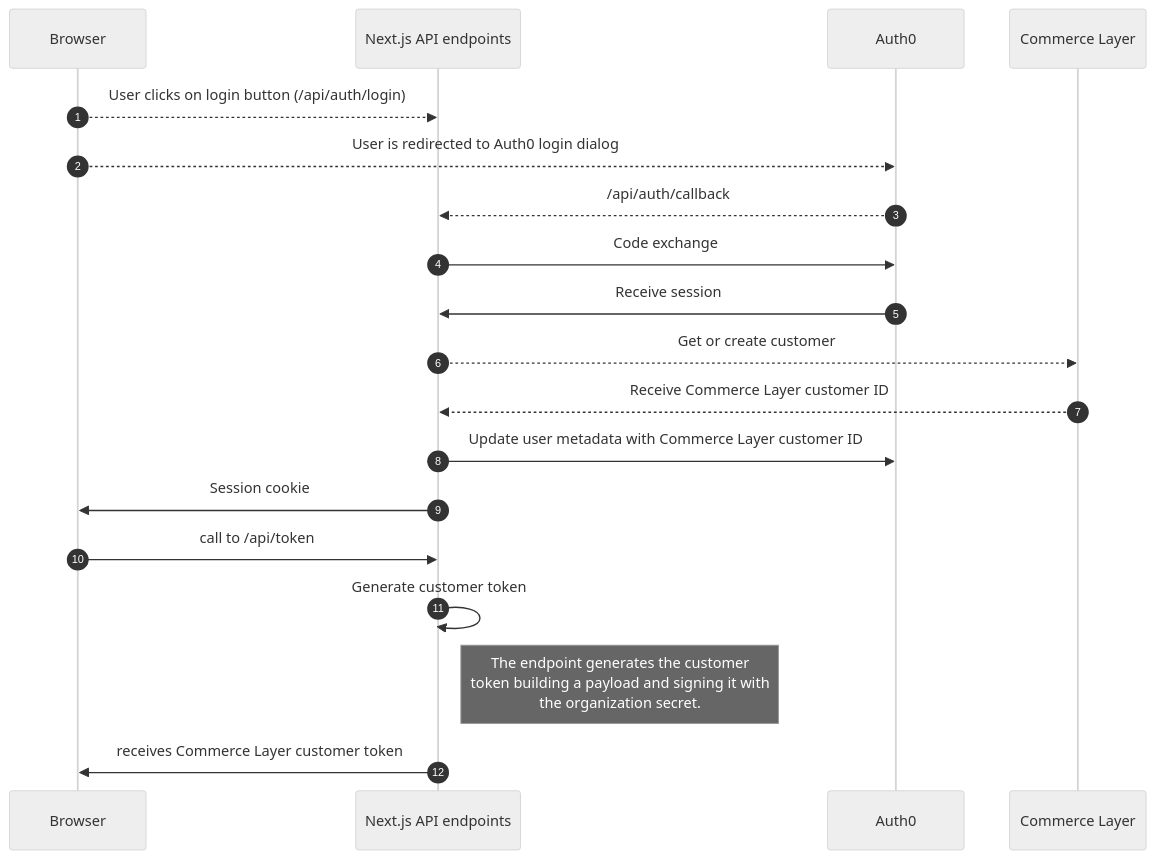
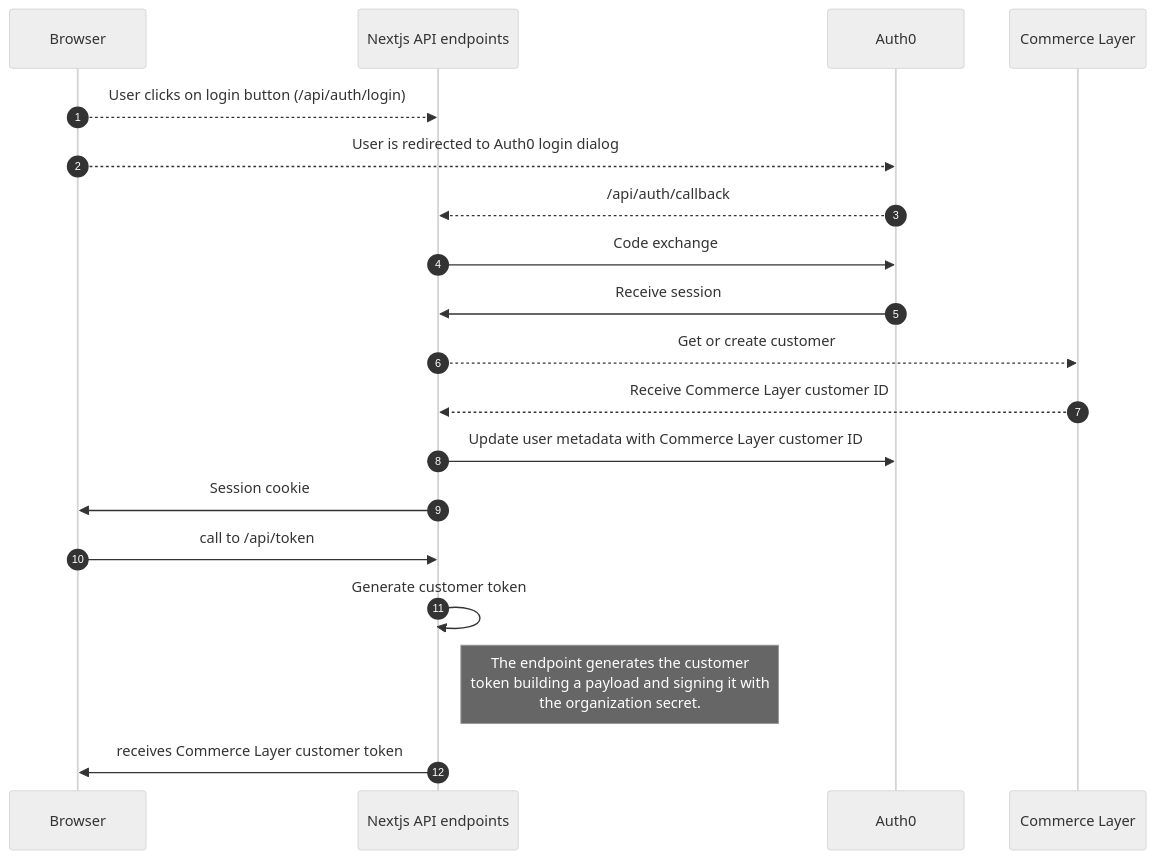
The diagram in authentication/nextjs-auth0-sso/README.md (commercelayer/examples), drawn with Mermaid (neutral theme) before and after one commit. The commit also changed other lines of this file and 9 other files, not shown here.

````diff
--- a/authentication/nextjs-auth0-sso/README.md
+++ b/authentication/nextjs-auth0-sso/README.md
@@ -18,17 +18,17 @@
 ```mermaid
 sequenceDiagram
     autonumber
-    Browser-->>Next.js API endpoints: User clicks on login button (/api/auth/login)
+    Browser-->>Nextjs API endpoints: User clicks on login button (/api/auth/login)
     Browser-->>Auth0: User is redirected to Auth0 login dialog
-    Auth0-->>Next.js API endpoints: /api/auth/callback
-    Next.js API endpoints->>Auth0: Code exchange
-    Auth0->>Next.js API endpoints: Receive session
-    Next.js API endpoints-->>Commerce Layer: Get or create customer
-    Commerce Layer-->>Next.js API endpoints: Receive Commerce Layer customer ID
-    Next.js API endpoints->>Auth0: Update user metadata with Commerce Layer customer ID
-    Next.js API endpoints->>Browser: Session cookie
-    Browser->>Next.js API endpoints: call to /api/token
-    Next.js API endpoints->>Next.js API endpoints: Generate customer token
-    Note right of Next.js API endpoints: The endpoint generates the customer <br>token building a payload and signing it with<br>the organization secret.
-    Next.js API endpoints->>Browser: receives Commerce Layer customer token
+    Auth0-->>Nextjs API endpoints: /api/auth/callback
+    Nextjs API endpoints->>Auth0: Code exchange
+    Auth0->>Nextjs API endpoints: Receive session
+    Nextjs API endpoints-->>Commerce Layer: Get or create customer
+    Commerce Layer-->>Nextjs API endpoints: Receive Commerce Layer customer ID
+    Nextjs API endpoints->>Auth0: Update user metadata with Commerce Layer customer ID
+    Nextjs API endpoints->>Browser: Session cookie
+    Browser->>Nextjs API endpoints: call to /api/token
+    Nextjs API endpoints->>Nextjs API endpoints: Generate customer token
+    Note right of Nextjs API endpoints: The endpoint generates the customer <br>token building a payload and signing it with<br>the organization secret.
+    Nextjs API endpoints->>Browser: receives Commerce Layer customer token
 ```
````
